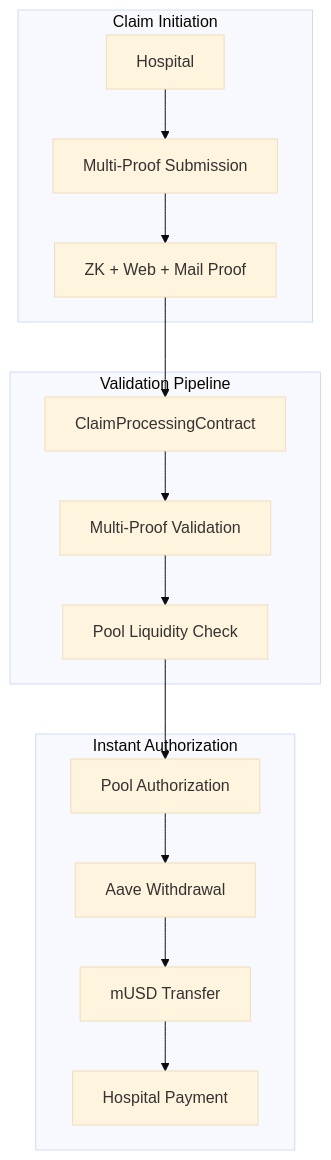
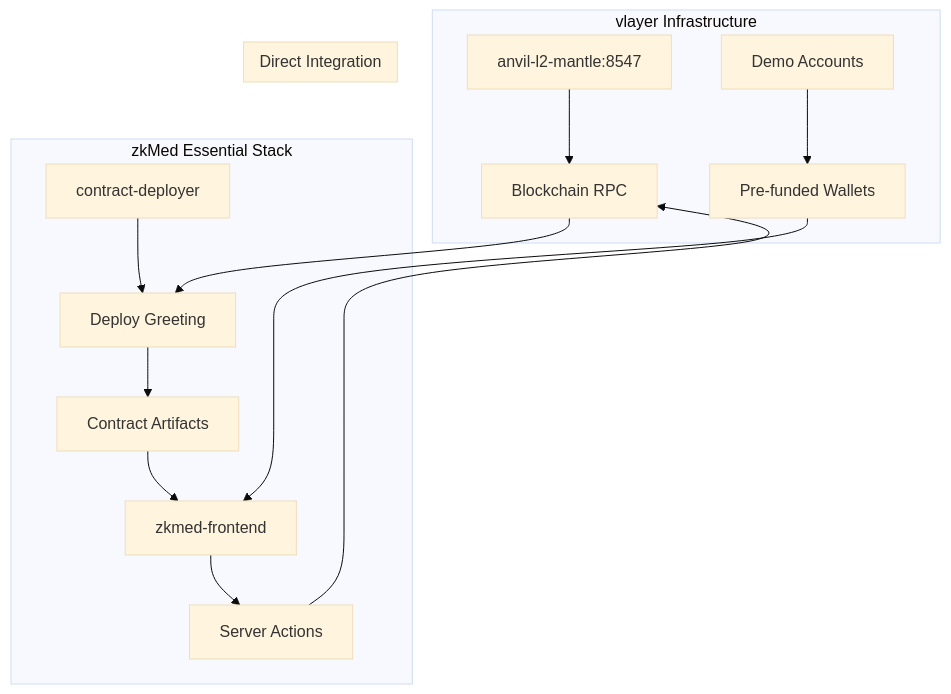
Before and after one commit to ppezzull/zkMed: the ninth of 11 diagrams in memory-bank/systemPatterns.md, drawn with Mermaid (base theme). The commit also changed other lines of this file and 24 other files, not shown here.

````diff
--- a/memory-bank/systemPatterns.md
+++ b/memory-bank/systemPatterns.md
@@ -266,20 +266,20 @@
 ```mermaid
 graph TB
-    subgraph "Claim Initiation"
-        A[Hospital] --> B[Multi-Proof Submission]
-        B --> C[ZK + Web + Mail Proof]
+    subgraph "vlayer Infrastructure"
+        A[anvil-l2-mantle:8547] --> B[Blockchain RPC]
+        C[Demo Accounts] --> D[Pre-funded Wallets]
     end
     
-    subgraph "Validation Pipeline"
-        C --> D[ClaimProcessingContract]
-        D --> E[Multi-Proof Validation]
-        E --> F[Pool Liquidity Check]
+    subgraph "zkMed Essential Stack"
+        E[contract-deployer] --> F[Deploy Greeting]
+        F --> G[Contract Artifacts]
+        G --> H[zkmed-frontend]
+        H --> I[Server Actions]
     end
     
-    subgraph "Instant Authorization"
-        F --> G[Pool Authorization]
-        G --> H[Aave Withdrawal]
-        H --> I[mUSD Transfer]
-        I --> J[Hospital Payment]
+    subgraph "Direct Integration"
+        B --> F
+        D --> H
+        I --> B
     end
 ```
````
